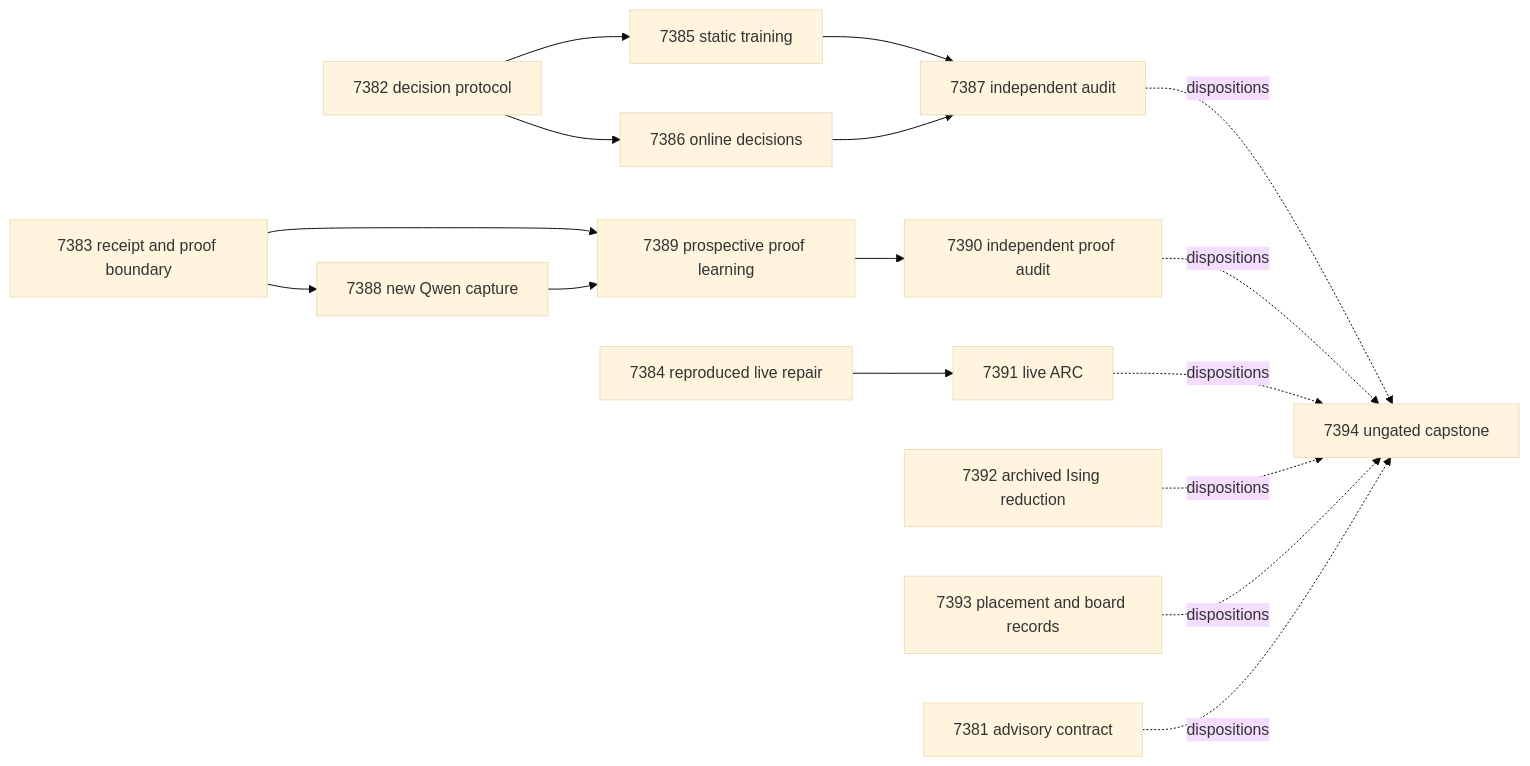
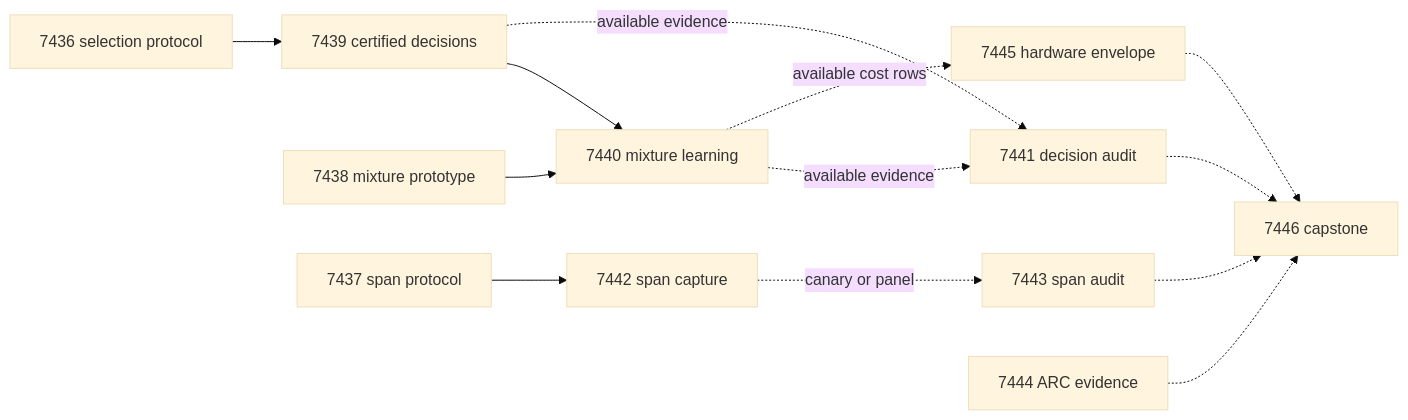
The second of 2 diagrams in openspec/change-proposals/research-roadmap-vNEXT.md (Carnot-EBM/carnot-ebm), drawn with Mermaid (base theme) before and after one commit. The commit also changed other lines of this file and 12 other files, not shown here.

````diff
--- a/openspec/change-proposals/research-roadmap-vNEXT.md
+++ b/openspec/change-proposals/research-roadmap-vNEXT.md
@@ -424,21 +237,15 @@
 ```mermaid
 flowchart LR
-    E7381[7381 advisory contract]
-    E7382[7382 decision protocol] --> E7385[7385 static training]
-    E7382 --> E7386[7386 online decisions]
-    E7385 --> E7387[7387 independent audit]
-    E7386 --> E7387
-    E7383[7383 receipt and proof boundary] --> E7388[7388 new Qwen capture]
-    E7383 --> E7389[7389 prospective proof learning]
-    E7388 --> E7389
-    E7389 --> E7390[7390 independent proof audit]
-    E7384[7384 reproduced live repair] --> E7391[7391 live ARC]
-    E7392[7392 archived Ising reduction]
-    E7393[7393 placement and board records]
-    E7387 -. dispositions .-> E7394[7394 ungated capstone]
-    E7390 -. dispositions .-> E7394
-    E7391 -. dispositions .-> E7394
-    E7392 -. dispositions .-> E7394
-    E7393 -. dispositions .-> E7394
-    E7381 -. dispositions .-> E7394
+    P[7436 selection protocol] --> S[7439 certified decisions]
+    M[7438 mixture prototype] --> L[7440 mixture learning]
+    S --> L
+    X[7437 span protocol] --> C[7442 span capture]
+    S -. available evidence .-> A[7441 decision audit]
+    L -. available evidence .-> A
+    C -. canary or panel .-> B[7443 span audit]
+    L -. available cost rows .-> H[7445 hardware envelope]
+    A -.-> Z[7446 capstone]
+    B -.-> Z
+    H -.-> Z
+    R[7444 ARC evidence] -.-> Z
 ```
````
